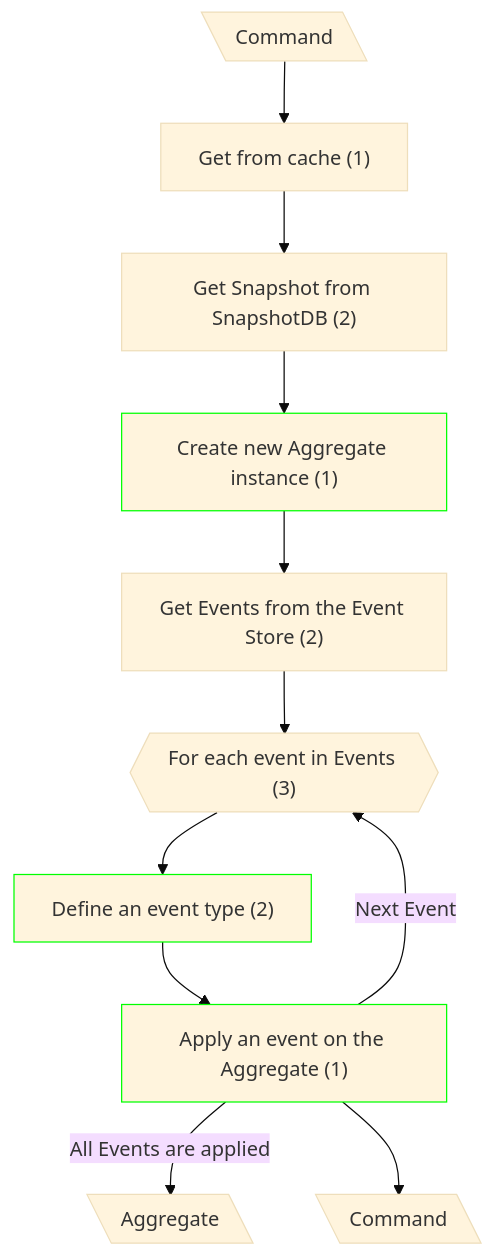
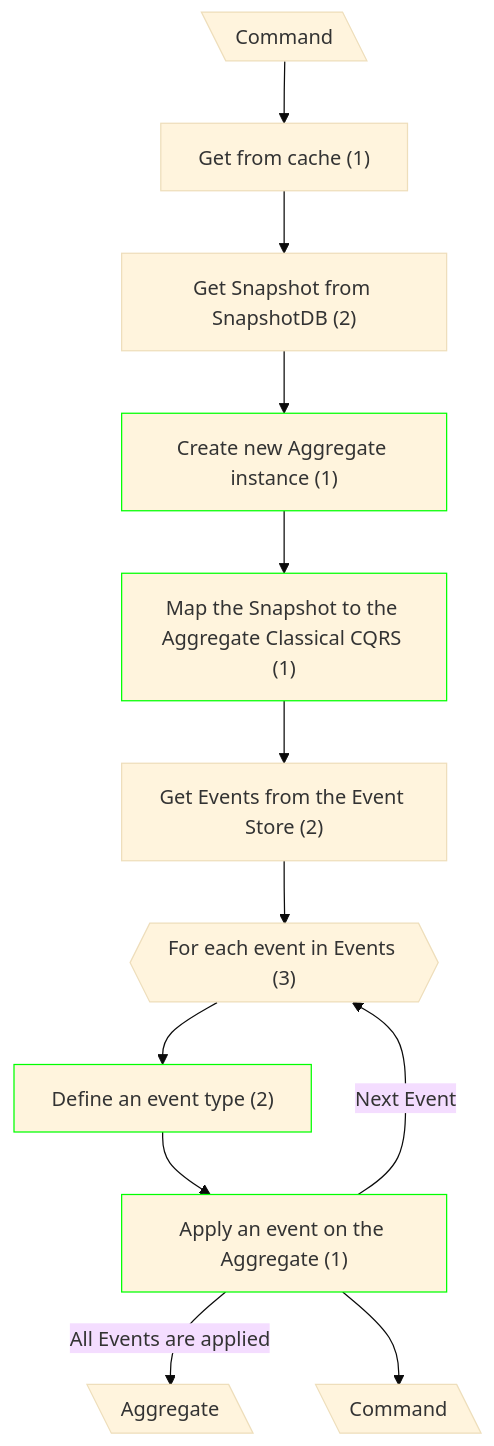
One commit to dmitryhruzin/CQRS-variations-test changed the fourth of 9 diagrams in docs/CF Complexity/update.md. Above: the diagram before and after it, drawn with Mermaid (base theme). The commit also changed other lines of this file and 5 other files, not shown here.

Commit message:
docs: update classical CQRS update flow

````diff
--- a/docs/CF Complexity/update.md
+++ b/docs/CF Complexity/update.md
@@ -74,15 +74,16 @@
 ```mermaid
 flowchart TD
   classDef mod stroke:#0f0
   A@{ shape: lean-l, label: "Command" }
   A --> B["Get from cache (1)"]
   B --> C["Get Snapshot from SnapshotDB (2)"]
   C --> D["Create new Aggregate instance (1)"]
-  D:::mod --> E["Get Events from the Event Store (2)"]
+  D:::mod --> D2["Map the Snapshot to the Aggregate Classical CQRS (1)"]
+  D2:::mod --> E["Get Events from the Event Store (2)"]
   E --> F{{"For each event in Events (3)"}}
   F --> G["Define an event type (2)"]
   G:::mod --> H["Apply an event on the Aggregate (1)"]
   H --"Next Event"--> F
   H:::mod --"All Events are applied"--> I@{ shape: lean-l, label: "Aggregate" }
   H --> J@{ shape: lean-l, label: "Command" }
 ```
````
